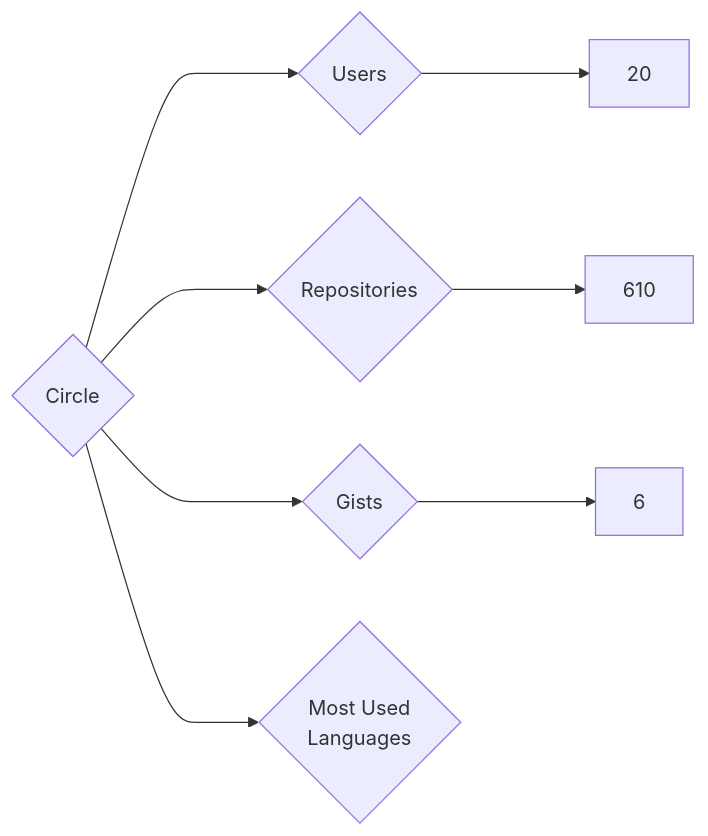
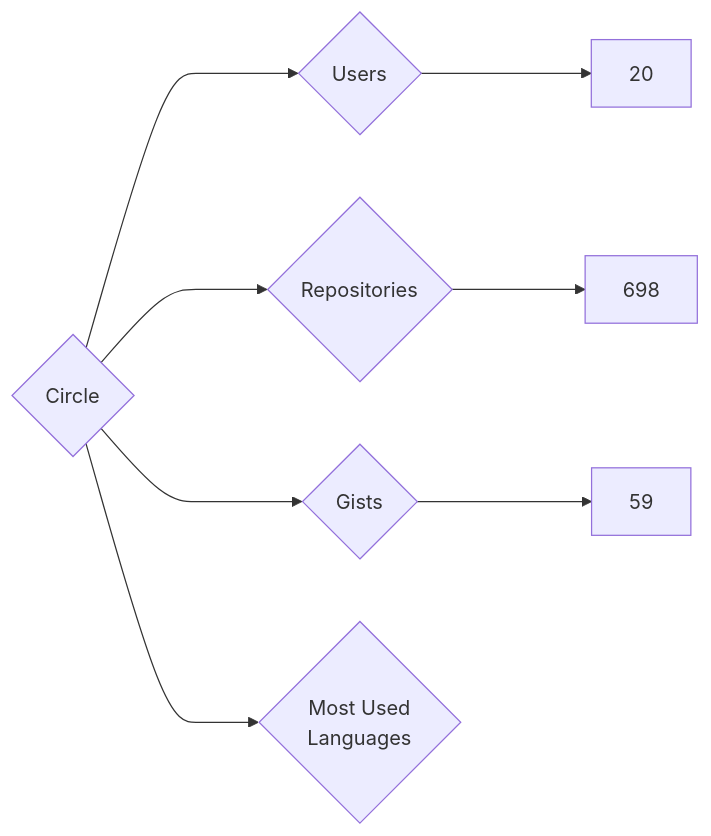
The diagram in targets/Circle/README.md (nenadzaric/insiders), drawn with Mermaid before and after one commit. The commit also changed 1342 other files, not shown here.

````diff
--- a/targets/Circle/README.md
+++ b/targets/Circle/README.md
@@ -3,8 +3,8 @@
 ```mermaid
 graph LR
 COMPANY_NAME{Circle}
 COMPANY_NAME ---> U{Users} ---> UN[20]
-COMPANY_NAME ---> R{Repositories} ---> RN[610]
-COMPANY_NAME ---> G{Gists} ---> GN[6]
+COMPANY_NAME ---> R{Repositories} ---> RN[698]
+COMPANY_NAME ---> G{Gists} ---> GN[59]
 COMPANY_NAME ---> ML{Most Used<br>Languages}
 ```
````
